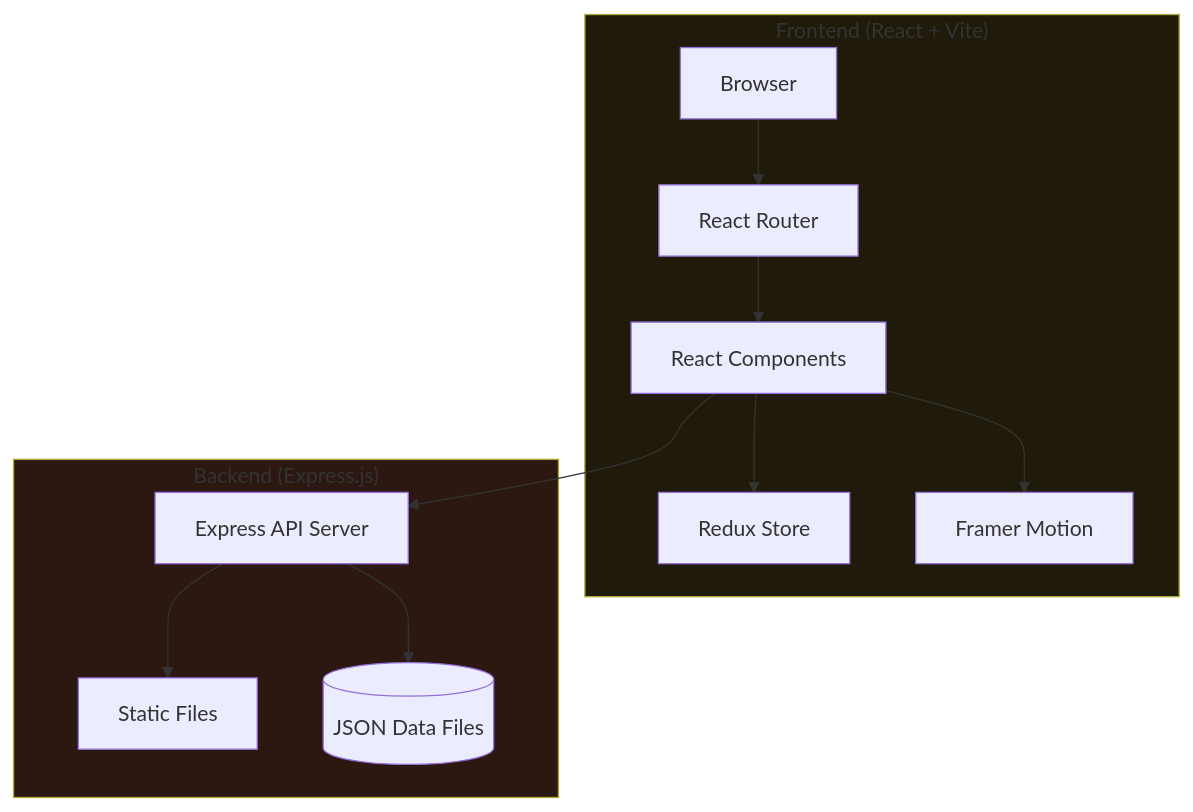
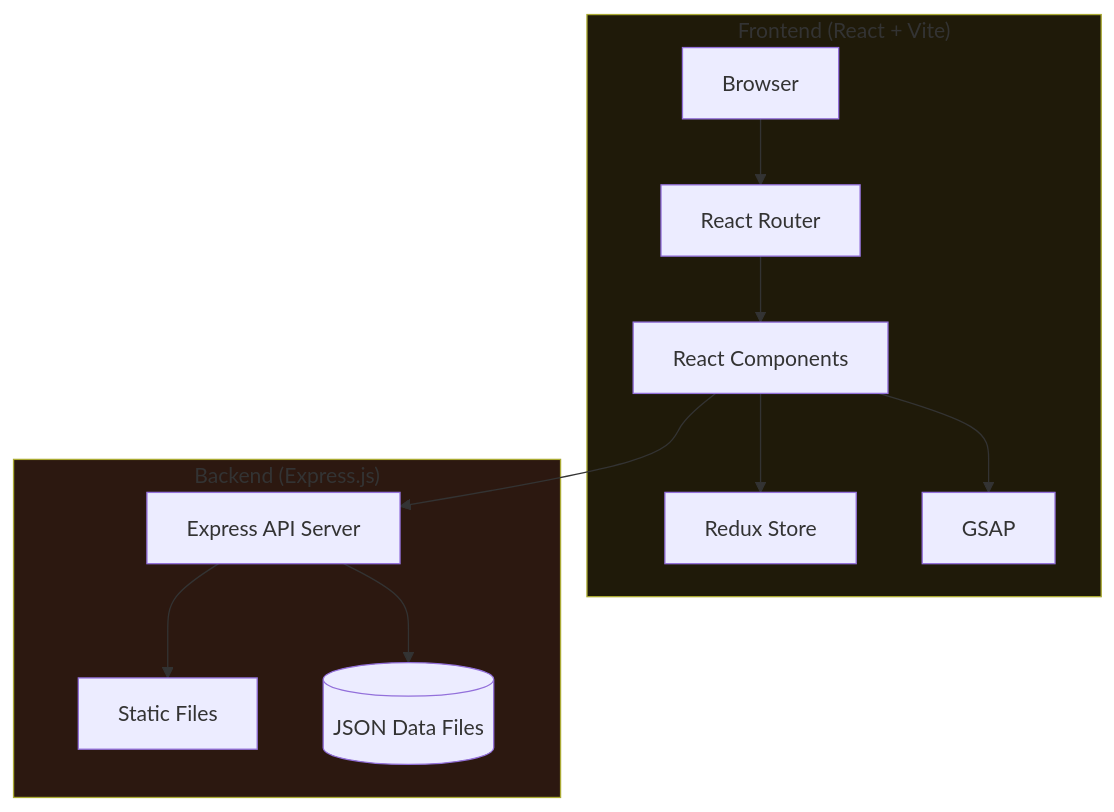
One commit to EclipticWhisper/Rhino changed the first of 10 diagrams in ARCHITECTURE.md. Above: the diagram before and after it, drawn with Mermaid. The commit also changed other lines of this file and 7 other files, not shown here.

````diff
--- a/ARCHITECTURE.md
+++ b/ARCHITECTURE.md
@@ -5,27 +5,27 @@
 ```mermaid
 graph TB
     subgraph Client["Frontend (React + Vite)"]
         Browser[Browser]
         Router[React Router]
         Redux[Redux Store]
         Components[React Components]
-        Motion[Framer Motion]
+        Motion[GSAP]
     end
     
     subgraph Server["Backend (Express.js)"]
         API[Express API Server]
         Files[Static Files]
         Data[(JSON Data Files)]
     end
     
     Browser --> Router
     Router --> Components
     Components --> Redux
     Components --> Motion
     Components --> API
     API --> Data
     API --> Files
     
     style Client fill:#1f1a09
     style Server fill:#2c1810
 ```
````
